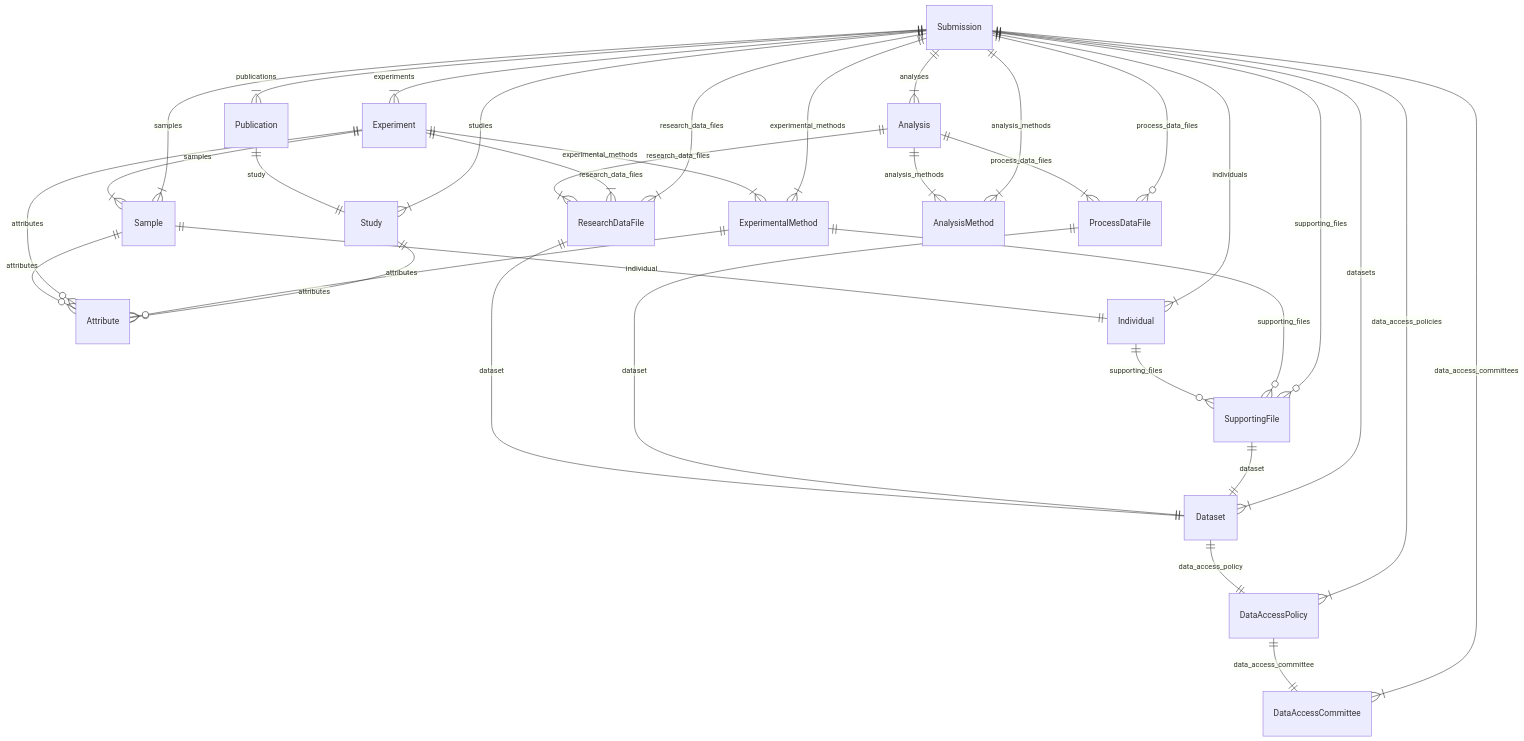
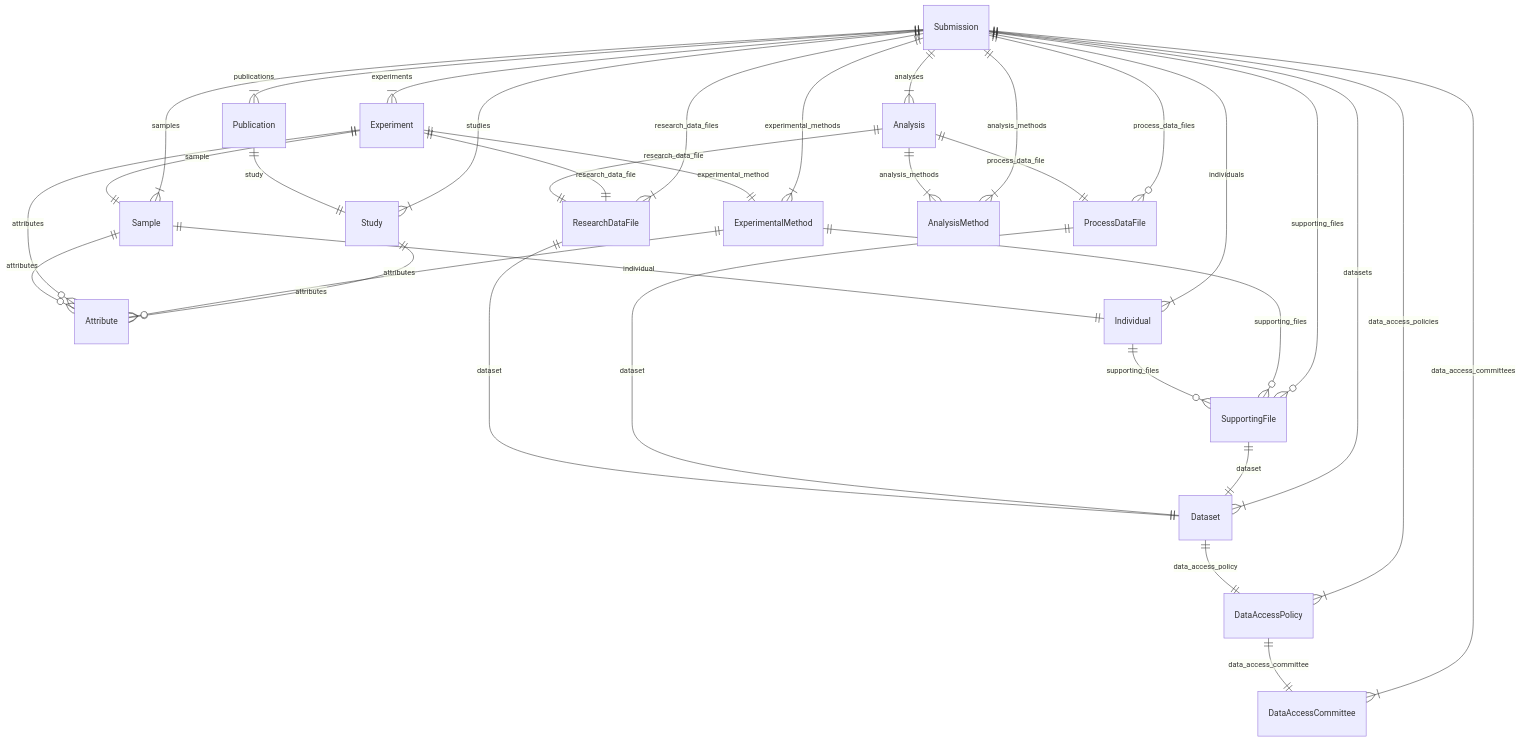
One commit to ghga-de/ghga-metadata-schema changed the first of 5 diagrams in docs/entity_relations.md. Above: the diagram before and after it, drawn with Mermaid. The commit also changed other lines of this file and 44 other files, not shown here.

````diff
--- a/docs/entity_relations.md
+++ b/docs/entity_relations.md
@@ -77,16 +77,16 @@
 Study ||--}o Attribute : "attributes"
 ExperimentalMethod ||--}o Attribute : "attributes"
 ExperimentalMethod ||--}o SupportingFile : "supporting_files"
-Experiment ||--}| Sample : "samples"
-Experiment ||--}| ResearchDataFile : "research_data_files"
-Experiment ||--}| ExperimentalMethod : "experimental_methods"
+Experiment ||--|| Sample : "sample"
+Experiment ||--|| ResearchDataFile : "research_data_file"
+Experiment ||--|| ExperimentalMethod : "experimental_method"
 Experiment ||--}o Attribute : "attributes"
 Sample ||--|| Individual : "individual"
 Sample ||--}o Attribute : "attributes"
 Individual ||--}o SupportingFile : "supporting_files"
 Publication ||--|| Study : "study"
-Analysis ||--}| ResearchDataFile : "research_data_files"
-Analysis ||--}| ProcessDataFile : "process_data_files"
+Analysis ||--|| ResearchDataFile : "research_data_file"
+Analysis ||--|| ProcessDataFile : "process_data_file"
 Analysis ||--}| AnalysisMethod : "analysis_methods"
 
 ```
````
